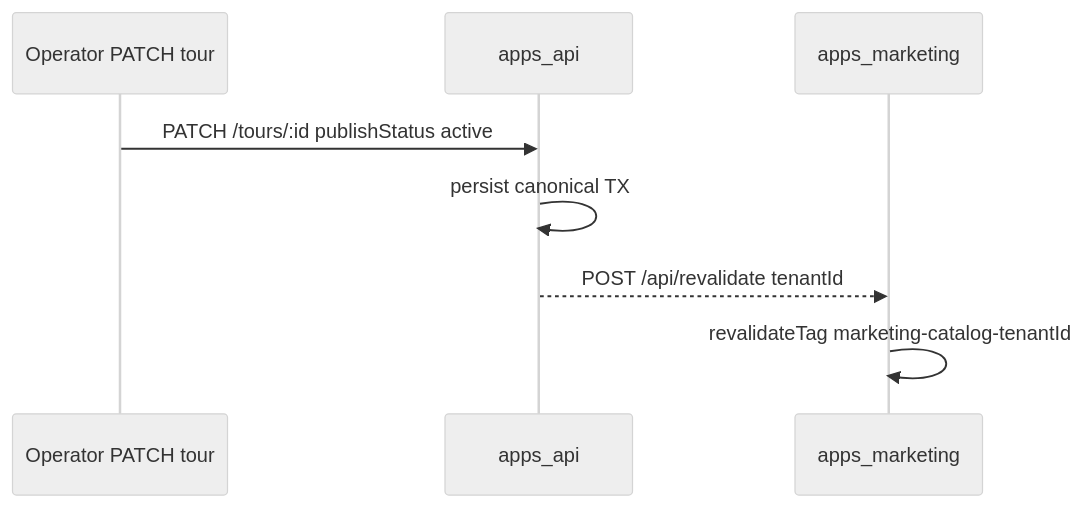
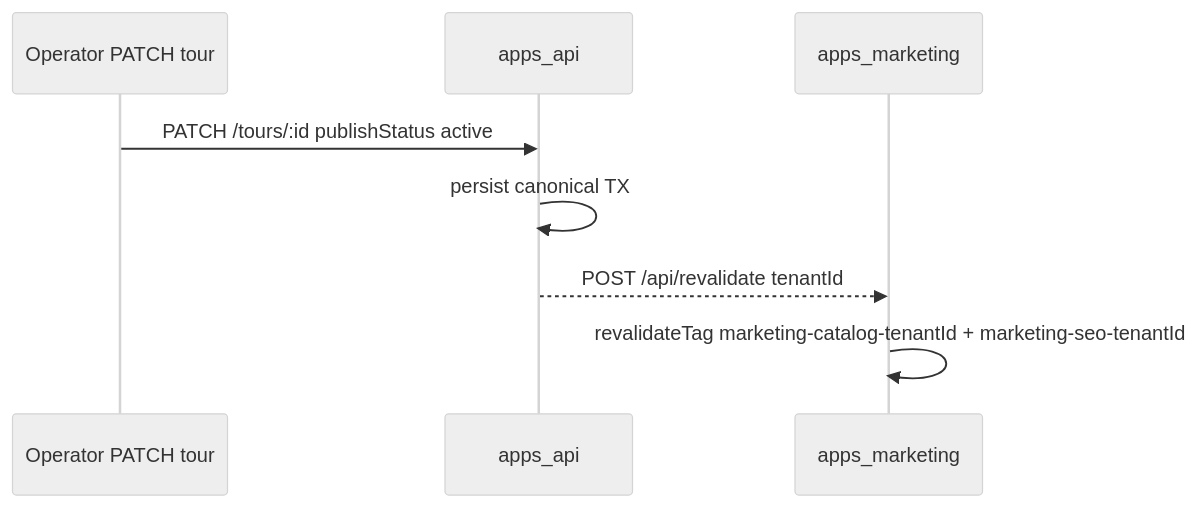
The second of 3 diagrams in docs/workspaces/denali/public-catalog.md (hrokhbakhsh1991/docs), drawn with Mermaid (neutral theme) before and after one commit. The commit also changed other lines of this file and 810 other files, not shown here.

````diff
--- a/docs/workspaces/denali/public-catalog.md
+++ b/docs/workspaces/denali/public-catalog.md
@@ -363,11 +515,11 @@
 ```mermaid
 sequenceDiagram
   participant Op as Operator PATCH tour
   participant API as apps_api
   participant MKT as apps_marketing
 
   Op->>API: PATCH /tours/:id publishStatus active
   API->>API: persist canonical TX
   API-->>MKT: POST /api/revalidate tenantId
-  MKT->>MKT: revalidateTag marketing-catalog-tenantId
+  MKT->>MKT: revalidateTag marketing-catalog-tenantId + marketing-seo-tenantId
 ```
````
